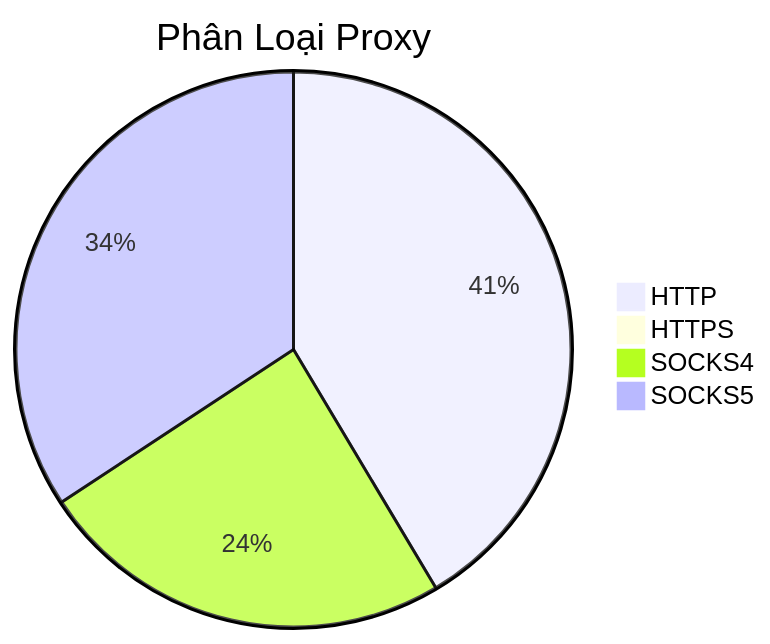
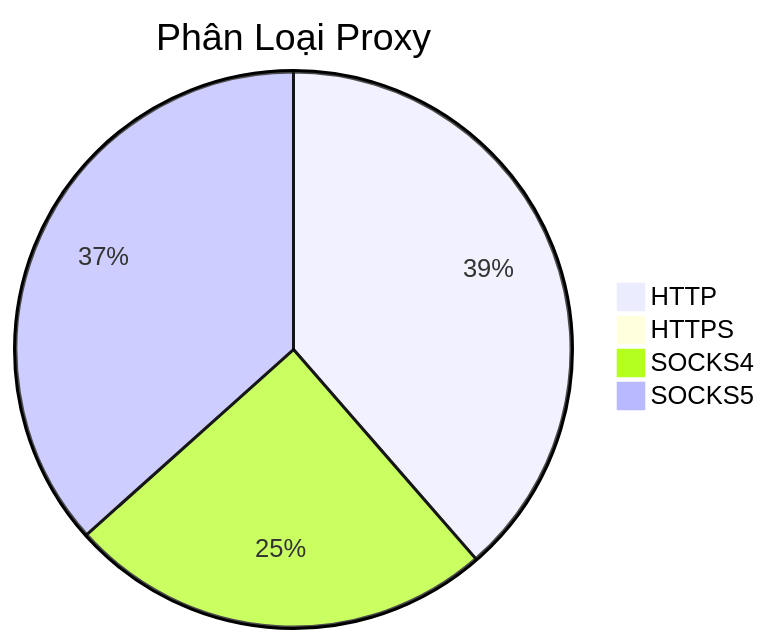
One commit to Ciara-12/PROXY-free changed the diagram in README.md. Above: the diagram before and after it, drawn with Mermaid. The commit also changed other lines of this file and 3 other files, not shown here.

````diff
--- a/README.md
+++ b/README.md
@@ -26,7 +26,7 @@
 ```mermaid
 pie title Phân Loại Proxy
-    "HTTP" : 341
+    "HTTP" : 313
     "HTTPS" : 0
-    "SOCKS4" : 200
-    "SOCKS5" : 282
+    "SOCKS4" : 201
+    "SOCKS5" : 297
 ```
````
